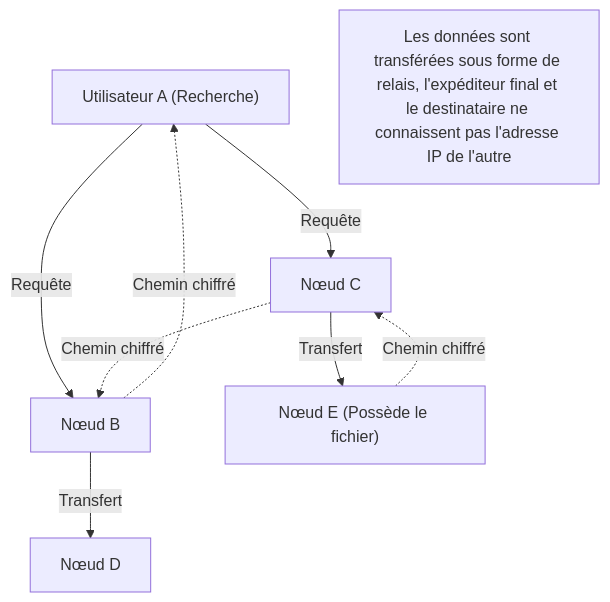
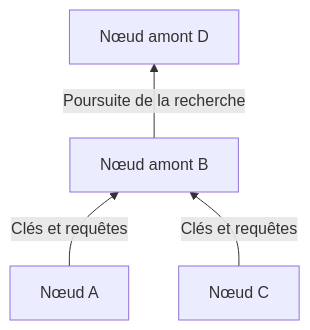
The first of 2 diagrams in content/post/history-of-winny/index.fr.md (kenjinote/blog), drawn with Mermaid before and after one commit. The commit also changed other lines of this file and 13 other files, not shown here.

````diff
--- a/content/post/history-of-winny/index.fr.md
+++ b/content/post/history-of-winny/index.fr.md
@@ -52,11 +47,6 @@
 ```mermaid
-graph TD
-    NodeA["Utilisateur A (Recherche)"] -->|"Requête"| NodeB["Nœud B"]
-    NodeA -->|"Requête"| NodeC["Nœud C"]
-    NodeB -->|"Transfert"| NodeD["Nœud D"]
-    NodeC -->|"Transfert"| NodeE["Nœud E (Possède le fichier)"]
-    NodeE -.->|"Chemin chiffré"| NodeC
-    NodeC -.->|"Chemin chiffré"| NodeB
-    NodeB -.->|"Chemin chiffré"| NodeA
-    Note["Les données sont transférées sous forme de relais, l'expéditeur final et le destinataire ne connaissent pas l'adresse IP de l'autre"]
+flowchart BT
+    A["Nœud A"] -->|"Clés et requêtes"| B["Nœud amont B"]
+    C["Nœud C"] -->|"Clés et requêtes"| B
+    B -->|"Poursuite de la recherche"| D["Nœud amont D"]
 ```
````
